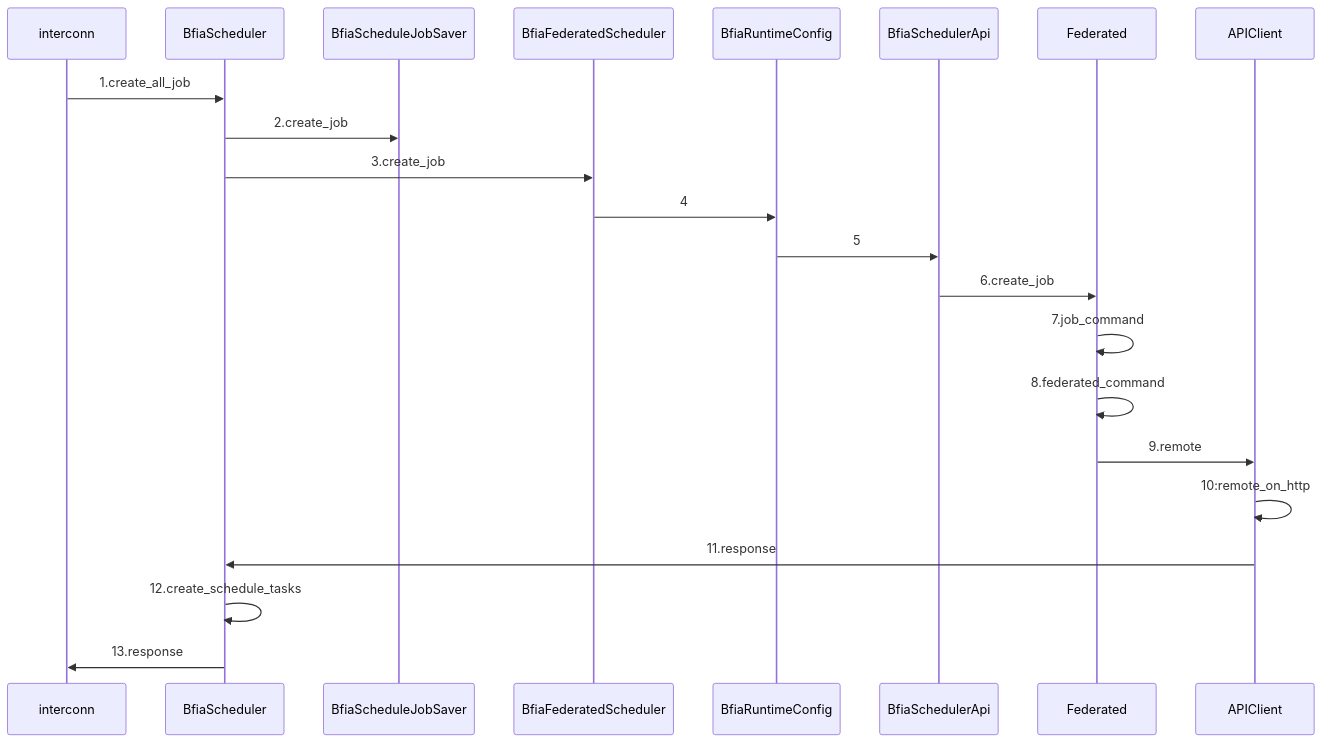
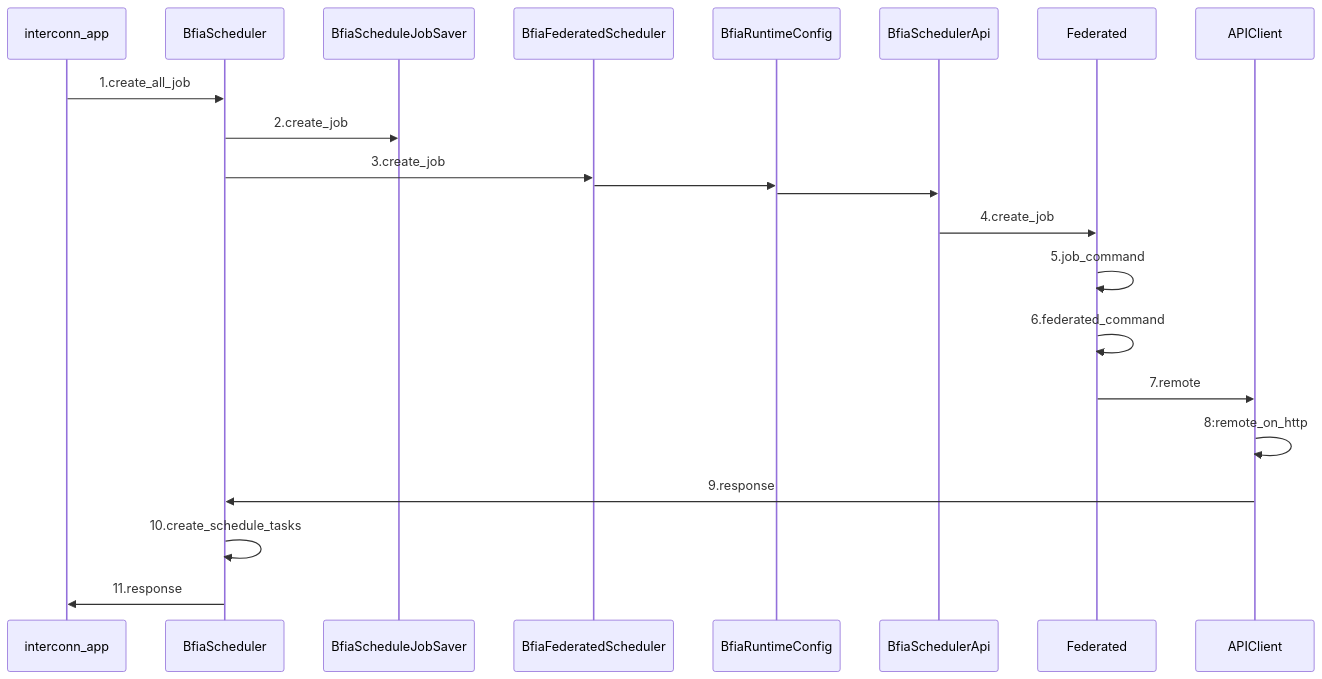
One commit to Lost-Temple/fateflow-v2-dev changed the second of 6 diagrams in doc/important/fateflow-v2-submit job.md. Above: the diagram before and after it, drawn with Mermaid. The commit also changed other lines of this file, not shown here.

````diff
--- a/doc/important/fateflow-v2-submit job.md
+++ b/doc/important/fateflow-v2-submit job.md
@@ -257,27 +1019,26 @@
 ```mermaid
 sequenceDiagram
 
-participant interconn
+participant interconn as interconn_app
 participant BfiaScheduler
 participant BfiaScheduleJobSaver
 participant BfiaFederatedScheduler
 participant BfiaRuntimeConfig
 participant BfiaSchedulerApi
 participant Federated
 participant APIClient
 
 interconn ->> BfiaScheduler: 1.create_all_job
 BfiaScheduler ->> BfiaScheduleJobSaver: 2.create_job
 BfiaScheduler ->> BfiaFederatedScheduler: 3.create_job
-BfiaFederatedScheduler ->> BfiaRuntimeConfig: 4
-BfiaRuntimeConfig ->> BfiaSchedulerApi: 5
-BfiaSchedulerApi ->> Federated: 6.create_job
-Federated ->> Federated: 7.job_command
-Federated ->> Federated: 8.federated_command
-Federated ->> APIClient: 9.remote
-APIClient ->> APIClient: 10:remote_on_http
-APIClient ->> BfiaScheduler: 11.response
-BfiaScheduler ->> BfiaScheduler: 12.create_schedule_tasks
-BfiaScheduler ->> interconn: 13.response
-
+BfiaFederatedScheduler ->> BfiaRuntimeConfig: 
+BfiaRuntimeConfig ->> BfiaSchedulerApi: 
+BfiaSchedulerApi ->> Federated: 4.create_job
+Federated ->> Federated: 5.job_command
+Federated ->> Federated: 6.federated_command
+Federated ->> APIClient: 7.remote
+APIClient ->> APIClient: 8:remote_on_http
+APIClient ->> BfiaScheduler: 9.response
+BfiaScheduler ->> BfiaScheduler: 10.create_schedule_tasks
+BfiaScheduler ->> interconn: 11.response
 ```
````
